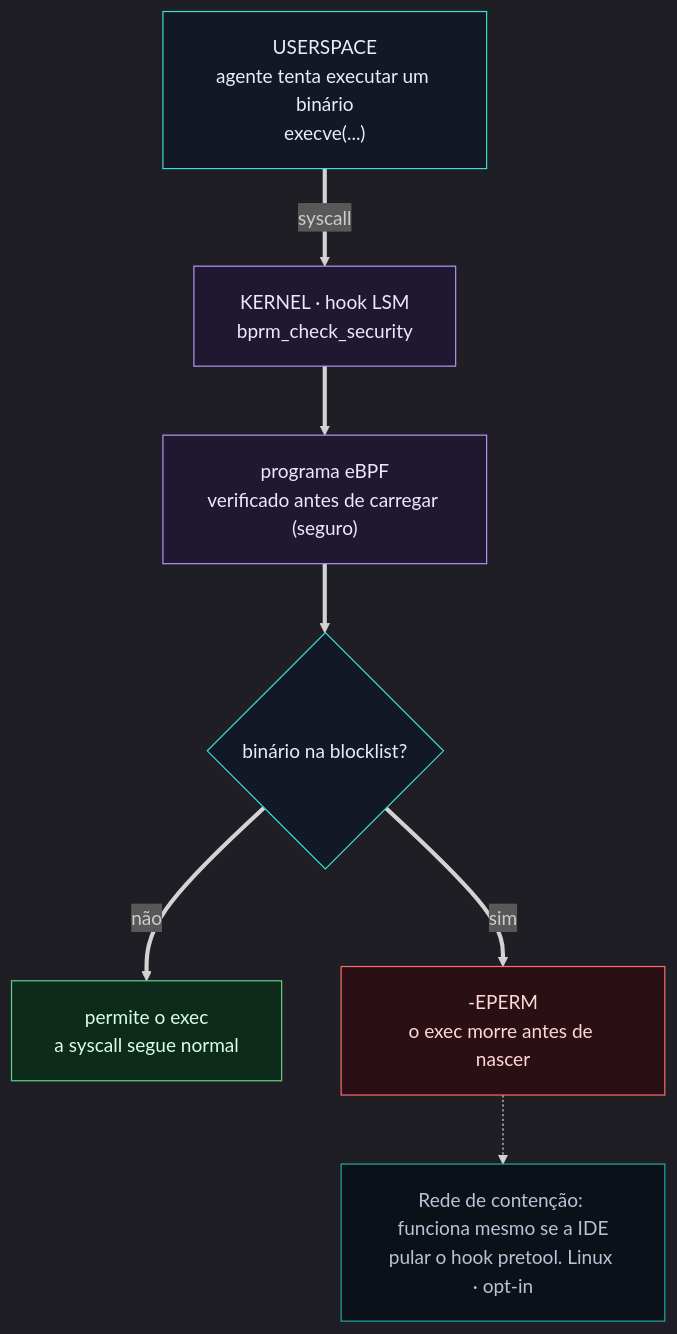
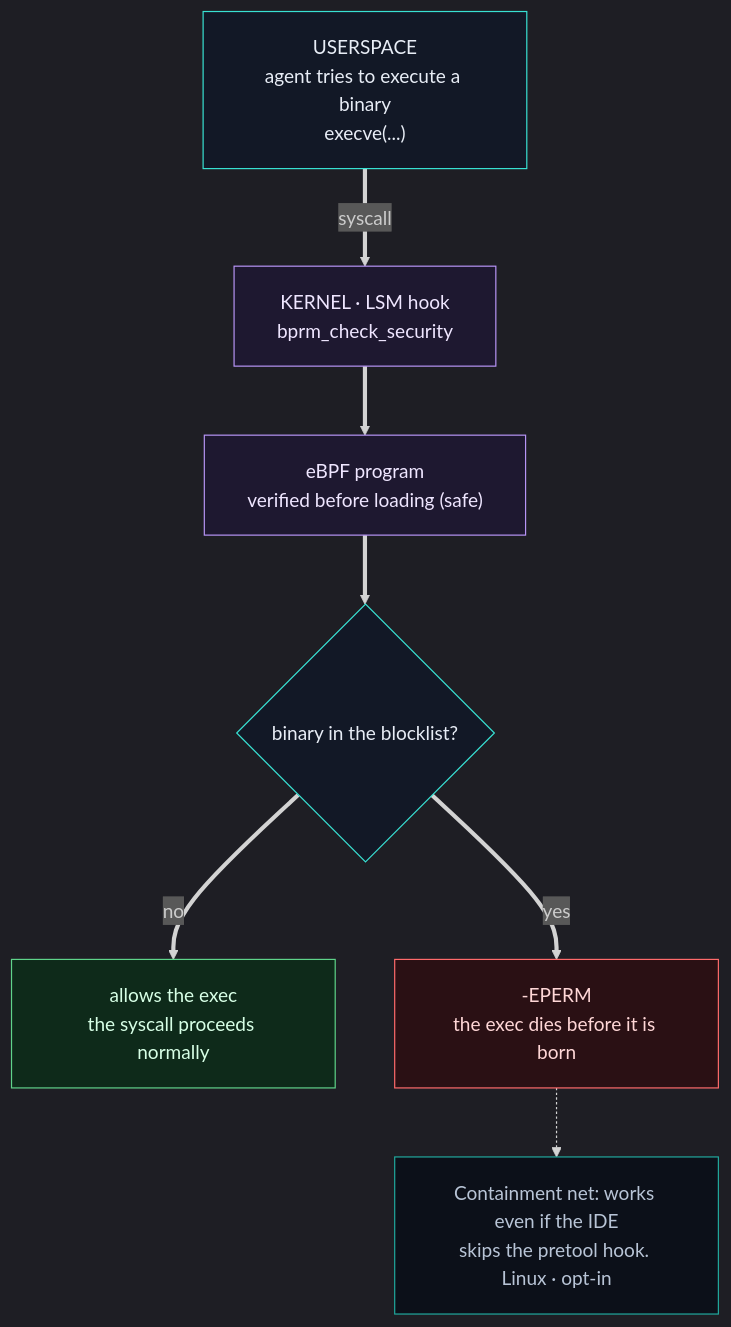
Before and after one commit to feryamaha/Nemesis_Defender_v0: the diagram in onboarding/diagramas/2-kernel-ebpf-lsm.mmd, drawn with Mermaid. The commit also changed 67 other files, not shown here.

```diff
--- a/onboarding/diagramas/2-kernel-ebpf-lsm.mmd
+++ b/onboarding/diagramas/2-kernel-ebpf-lsm.mmd
@@ -1,19 +1,19 @@
 %%{init: {"theme":"dark", "flowchart": {"htmlLabels": true, "curve": "basis", "padding": 18, "nodeSpacing": 50, "rankSpacing": 58}}}%%
 flowchart TB
-U["USERSPACE<br/>agente tenta executar um binário<br/>execve(...)"] ==>|"syscall"| HK["KERNEL · hook LSM<br/>bprm_check_security"]
-HK ==> BPF["programa eBPF<br/>verificado antes de carregar (seguro)"]
-BPF ==> Q{"binário na blocklist?"}
-Q ==>|"não"| OK["permite o exec<br/>a syscall segue normal"]
-Q ==>|"sim"| EP["-EPERM<br/>o exec morre antes de nascer"]
-EP -.-> N["Rede de contenção: funciona mesmo se a IDE<br/>pular o hook pretool. Linux · opt-in"]
+U["USERSPACE<br/>agent tries to execute a binary<br/>execve(...)"] ==>|"syscall"| HK["KERNEL · LSM hook<br/>bprm_check_security"]
+HK ==> BPF["eBPF program<br/>verified before loading (safe)"]
+BPF ==> Q{"binary in the blocklist?"}
+Q ==>|"no"| OK["allows the exec<br/>the syscall proceeds normally"]
+Q ==>|"yes"| EP["-EPERM<br/>the exec dies before it is born"]
+EP -.-> N["Containment net: works even if the IDE<br/>skips the pretool hook. Linux · opt-in"]
 
 classDef ok fill:#0e2a1a,stroke:#5fd38a,color:#d7ffe6;
 classDef blk fill:#2a1014,stroke:#ff6b6b,color:#ffd7d7;
 classDef step fill:#121826,stroke:#38e1d3,color:#e8edf6;
 classDef kern fill:#1e1830,stroke:#b794f6,color:#efe6ff;
 classDef note fill:#0c1019,stroke:#21a99e,color:#b8c4d6;
 class U,Q step;
 class HK,BPF kern;
 class OK ok;
 class EP blk;
 class N note;
```
